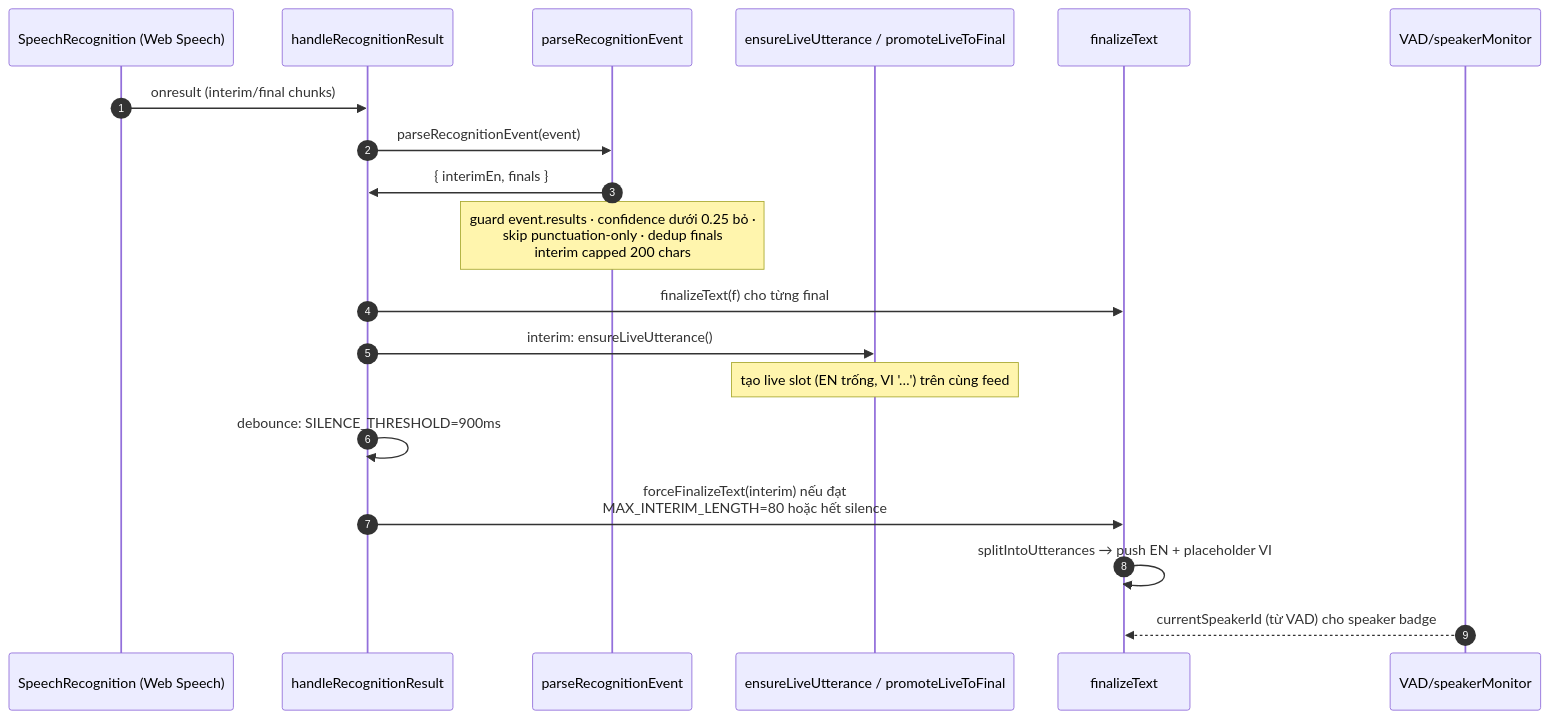
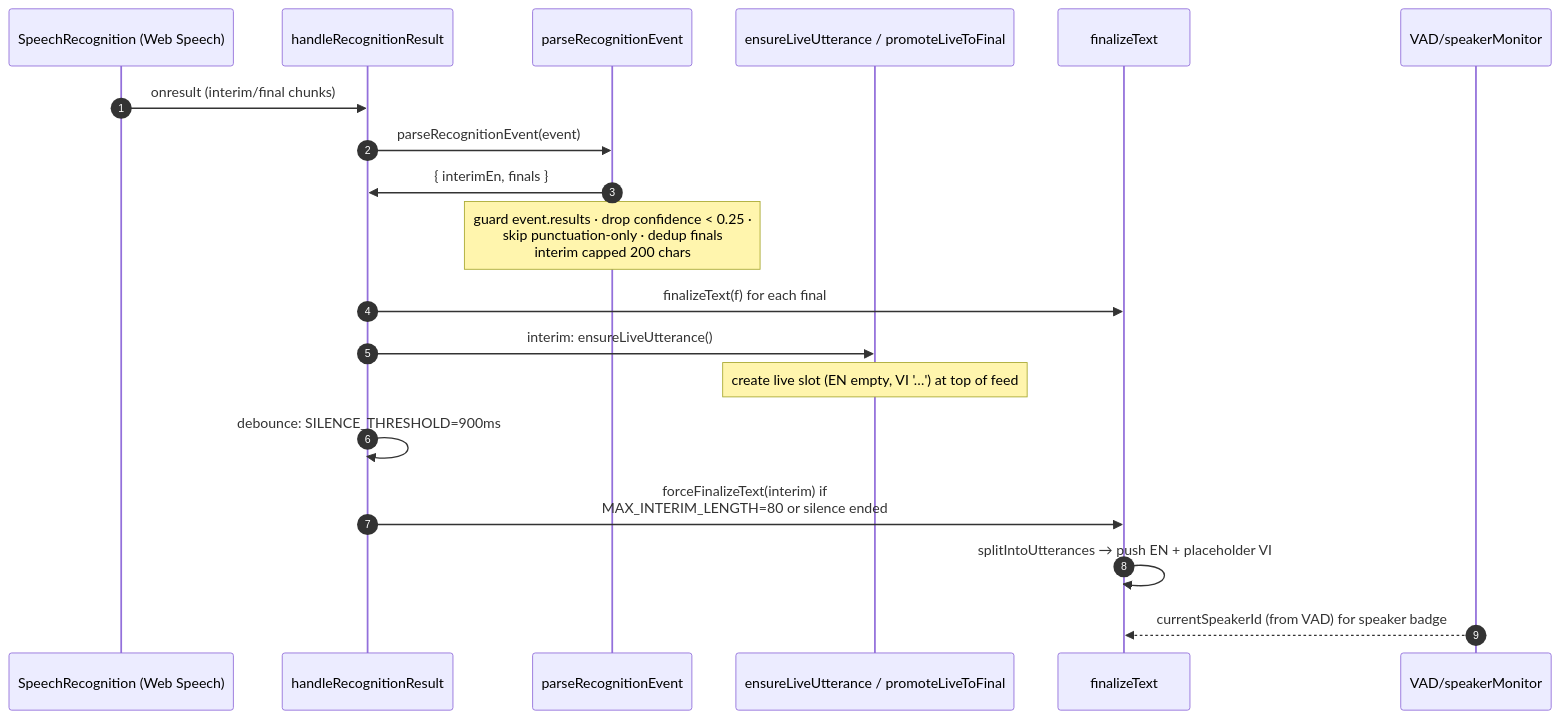
The third of 9 diagrams in README.md (nbhson/app-live-translate-extension), drawn with Mermaid before and after one commit. The commit also changed other lines of this file, not shown here.

````diff
--- a/README.md
+++ b/README.md
@@ -110,22 +110,22 @@
 ```mermaid
 sequenceDiagram
     autonumber
     participant SR as SpeechRecognition (Web Speech)
     participant R as handleRecognitionResult
     participant P as parseRecognitionEvent
     participant L as ensureLiveUtterance / promoteLiveToFinal
     participant F as finalizeText
     participant V as VAD/speakerMonitor
 
     SR->>R: onresult (interim/final chunks)
     R->>P: parseRecognitionEvent(event)
     P->>R: { interimEn, finals }
-    Note over P: guard event.results · confidence dưới 0.25 bỏ ·<br/>skip punctuation-only · dedup finals<br/>interim capped 200 chars
-    R->>F: finalizeText(f) cho từng final
+    Note over P: guard event.results · drop confidence < 0.25 ·<br/>skip punctuation-only · dedup finals<br/>interim capped 200 chars
+    R->>F: finalizeText(f) for each final
     R->>L: interim: ensureLiveUtterance()
-    Note over L: tạo live slot (EN trống, VI '…') trên cùng feed
+    Note over L: create live slot (EN empty, VI '…') at top of feed
     R->>R: debounce: SILENCE_THRESHOLD=900ms
-    R->>F: forceFinalizeText(interim) nếu đạt<br/>MAX_INTERIM_LENGTH=80 hoặc hết silence
+    R->>F: forceFinalizeText(interim) if<br/>MAX_INTERIM_LENGTH=80 or silence ended
     F->>F: splitIntoUtterances → push EN + placeholder VI
-    V-->>F: currentSpeakerId (từ VAD) cho speaker badge
+    V-->>F: currentSpeakerId (from VAD) for speaker badge
 ```
````
